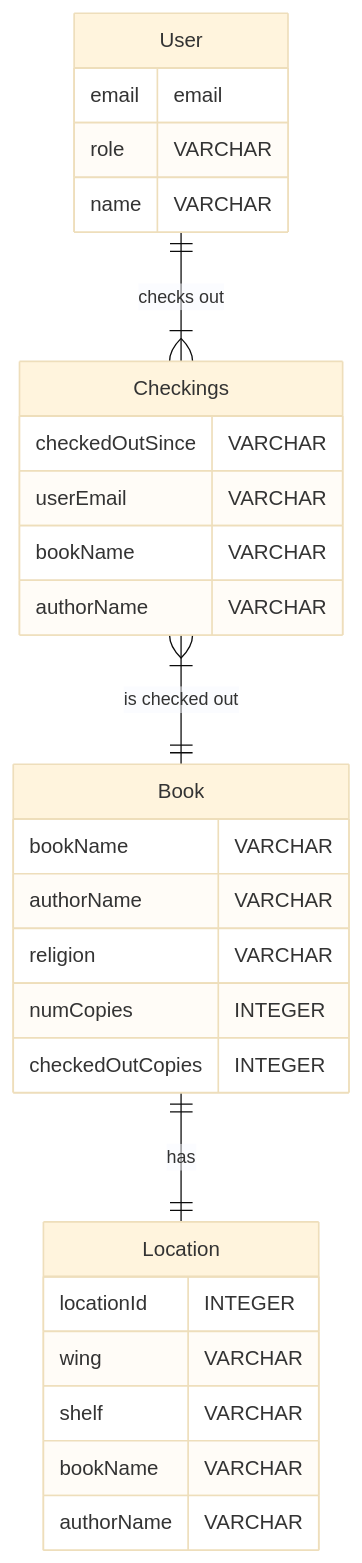
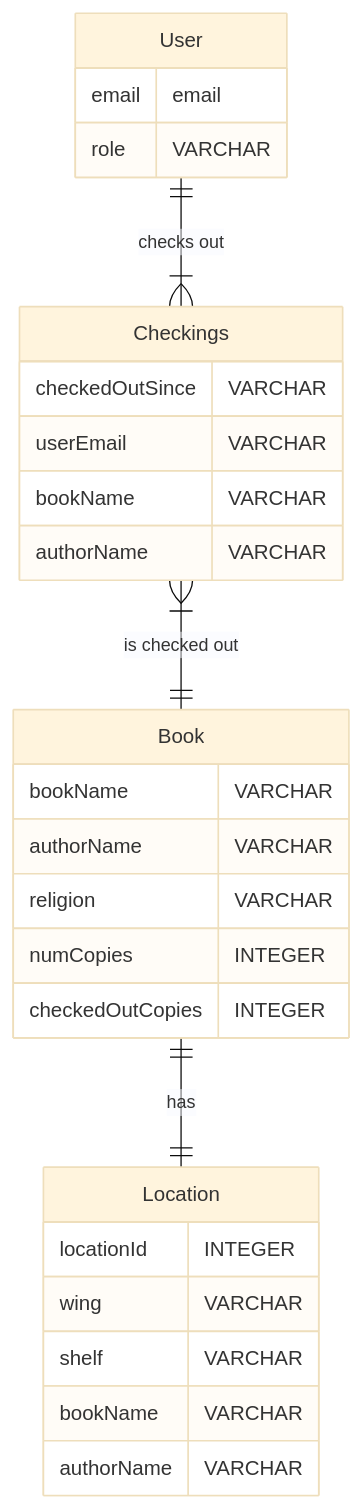
The diagram in docs/phase2.md (dmavani25/DivineManuscriptsDB), drawn with Mermaid (base theme) before and after one commit. The commit also changed other lines of this file, not shown here.

````diff
--- a/docs/phase2.md
+++ b/docs/phase2.md
@@ -12,36 +12,35 @@
 ```mermaid
 erDiagram
     User ||--|{ Checkings : "checks out"
     Checkings }|--|| Book : "is checked out"
     Book ||--|| Location : "has"
     
     User {
         email email
         role VARCHAR
-        name VARCHAR
     }
 
     Book {
         bookName VARCHAR
         authorName VARCHAR
         religion VARCHAR
         numCopies INTEGER
         checkedOutCopies INTEGER
     }
 
     Checkings {
         checkedOutSince VARCHAR
         userEmail VARCHAR
         bookName VARCHAR
         authorName VARCHAR
     }
 
     Location {
         locationId INTEGER
         wing VARCHAR
         shelf VARCHAR
         bookName VARCHAR
         authorName VARCHAR
     }
 
 ```
````
